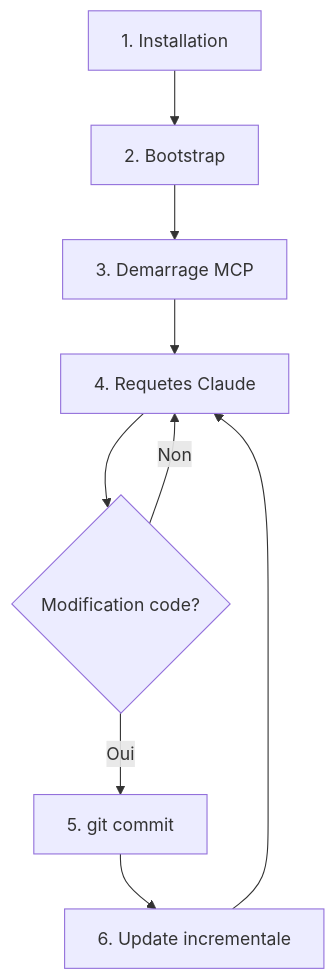
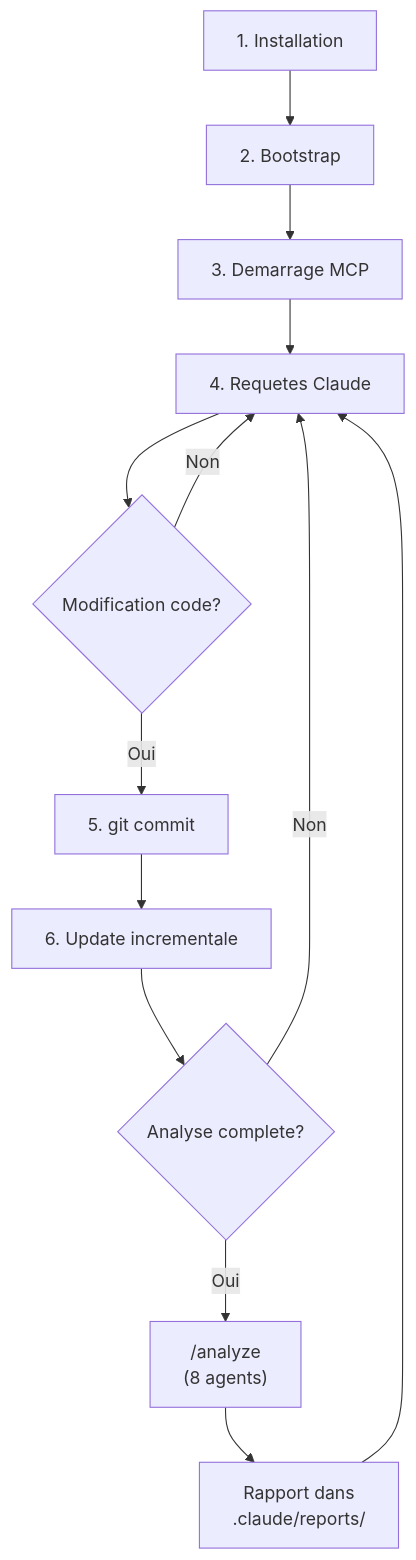
The diagram in docs_claude/05-guide-lineaire.md (Pluenet-Killian/flow), drawn with Mermaid before and after one commit. The commit also changed other lines of this file and 36 other files, not shown here.

````diff
--- a/docs_claude/05-guide-lineaire.md
+++ b/docs_claude/05-guide-lineaire.md
@@ -471,11 +544,15 @@
 ```mermaid
 graph TD
     A[1. Installation] --> B[2. Bootstrap]
     B --> C[3. Demarrage MCP]
     C --> D[4. Requetes Claude]
     D --> E{Modification code?}
     E -->|Oui| F[5. git commit]
     F --> G[6. Update incrementale]
-    G --> D
+    G --> H{Analyse complete?}
+    H -->|Oui| I["/analyze<br/>(8 agents)"]
+    I --> J["Rapport dans<br/>.claude/reports/"]
+    J --> D
+    H -->|Non| D
     E -->|Non| D
 ```
````
